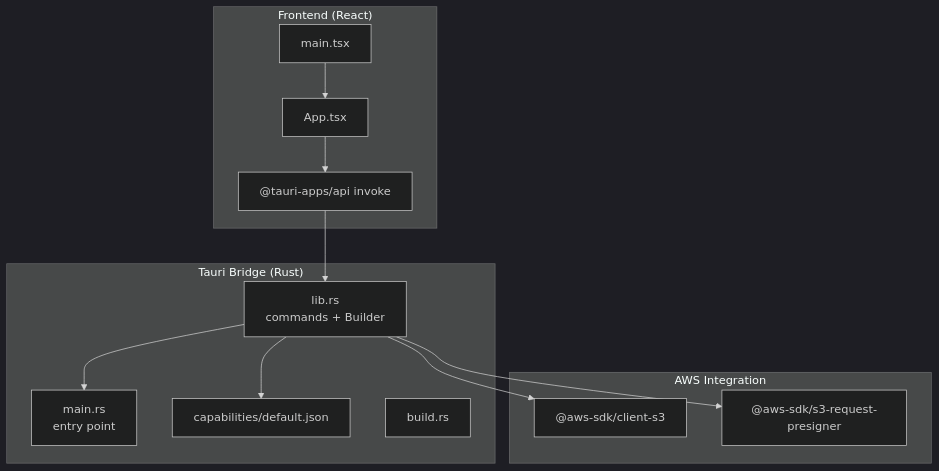
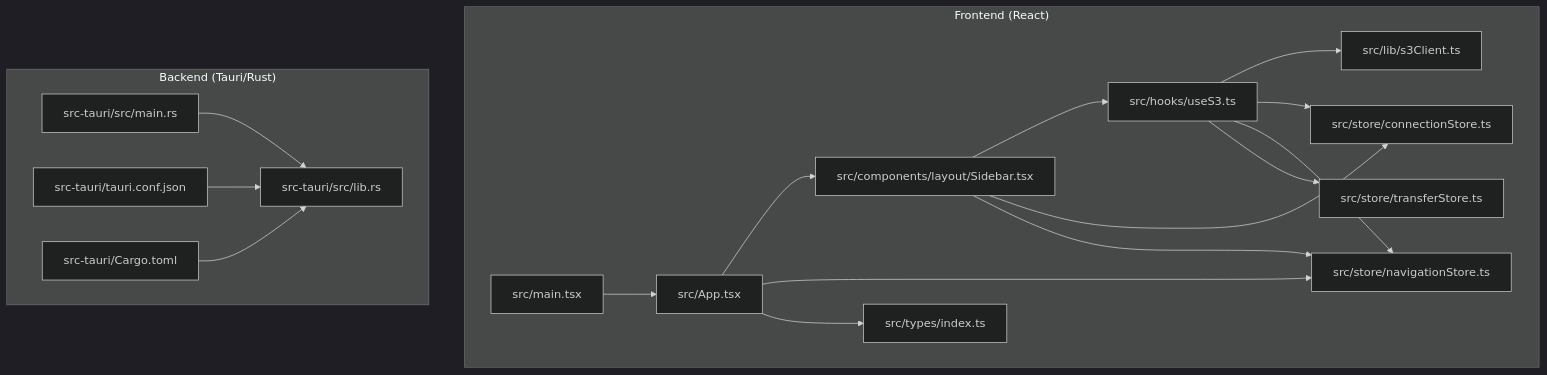
The first of 8 diagrams in .qoder/repowiki/en/content/Architecture Overview.md (nasrulhadi/s3-explorer), drawn with Mermaid (dark theme) before and after one commit. The commit also changed other lines of this file and 46 other files, not shown here.

````diff
--- a/.qoder/repowiki/en/content/Architecture Overview.md
+++ b/.qoder/repowiki/en/content/Architecture Overview.md
@@ -39,25 +48,34 @@
 ```mermaid
 graph TB
 subgraph "Frontend (React)"
-FE_Main["main.tsx"]
-FE_App["App.tsx"]
-FE_Invoke["@tauri-apps/api invoke"]
+A_main["src/main.tsx"]
+A_app["src/App.tsx"]
+A_sidebar["src/components/layout/Sidebar.tsx"]
+A_hooks["src/hooks/useS3.ts"]
+A_client["src/lib/s3Client.ts"]
+A_store_conn["src/store/connectionStore.ts"]
+A_store_nav["src/store/navigationStore.ts"]
+A_store_trans["src/store/transferStore.ts"]
+A_types["src/types/index.ts"]
 end
-subgraph "Tauri Bridge (Rust)"
-RS_Lib["lib.rs<br/>commands + Builder"]
-RS_Main["main.rs<br/>entry point"]
-RS_Cap["capabilities/default.json"]
-RS_Build["build.rs"]
+subgraph "Backend (Tauri/Rust)"
+B_main["src-tauri/src/main.rs"]
+B_lib["src-tauri/src/lib.rs"]
+B_conf["src-tauri/tauri.conf.json"]
+B_cargo["src-tauri/Cargo.toml"]
 end
-subgraph "AWS Integration"
-AWS_SDK["@aws-sdk/client-s3"]
-AWS_Presigner["@aws-sdk/s3-request-presigner"]
-end
-FE_Main --> FE_App
-FE_App --> FE_Invoke
-FE_Invoke --> RS_Lib
-RS_Lib --> RS_Main
-RS_Lib --> RS_Cap
-RS_Lib --> AWS_SDK
-RS_Lib --> AWS_Presigner
+A_main --> A_app
+A_app --> A_sidebar
+A_sidebar --> A_hooks
+A_hooks --> A_client
+A_hooks --> A_store_conn
+A_hooks --> A_store_nav
+A_hooks --> A_store_trans
+A_app --> A_store_nav
+A_sidebar --> A_store_conn
+A_sidebar --> A_store_nav
+A_app --> A_types
+B_main --> B_lib
+B_conf --> B_lib
+B_cargo --> B_lib
 ```
````
